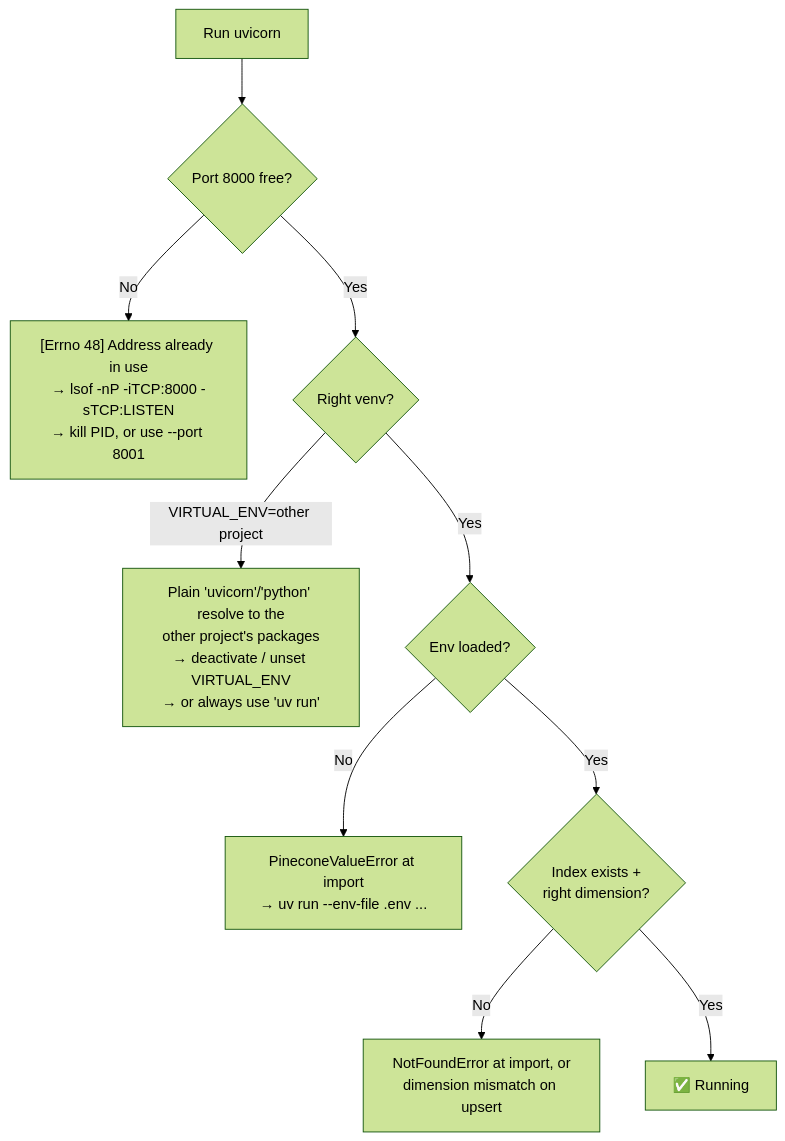
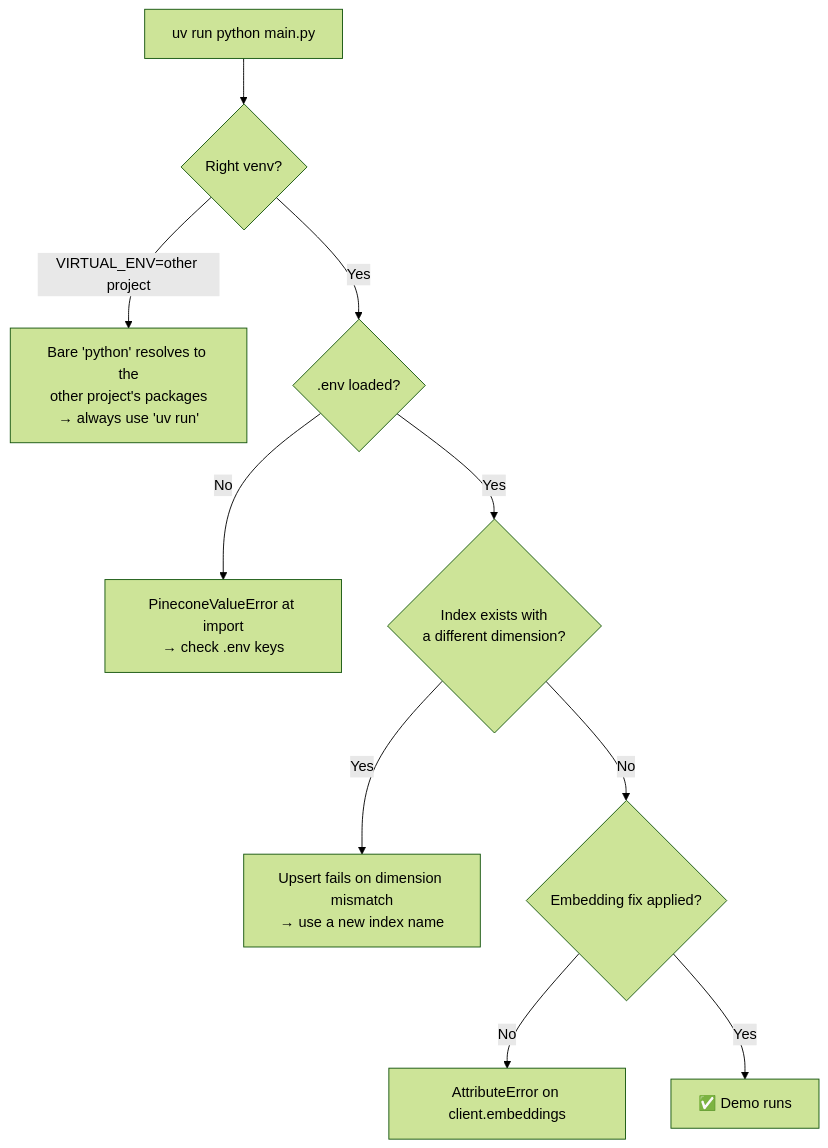
One commit to lsolor/korg-pdf-qa changed diagram 16 of 19 in ARCHITECTURE.md. Above: the diagram before and after it, drawn with Mermaid (forest theme). The commit also changed other lines of this file, not shown here.

First line of the commit message:
Update ARCHITECTURE.md for the script-based RAG pipeline

````diff
--- a/ARCHITECTURE.md
+++ b/ARCHITECTURE.md
@@ -817,12 +776,12 @@
 ```mermaid
 flowchart TD
-    A[Run uvicorn] --> B{Port 8000 free?}
-    B -- No --> C["[Errno 48] Address already in use<br/>→ lsof -nP -iTCP:8000 -sTCP:LISTEN<br/>→ kill PID, or use --port 8001"]
-    B -- Yes --> D{Right venv?}
-    D -- "VIRTUAL_ENV=other project" --> E["Plain 'uvicorn'/'python' resolve to the<br/>other project's packages<br/>→ deactivate / unset VIRTUAL_ENV<br/>→ or always use 'uv run'"]
-    D -- Yes --> F{Env loaded?}
-    F -- No --> G["PineconeValueError at import<br/>→ uv run --env-file .env ..."]
-    F -- Yes --> H{Index exists +<br/>right dimension?}
-    H -- No --> I["NotFoundError at import, or<br/>dimension mismatch on upsert"]
-    H -- Yes --> J[✅ Running]
+    A[uv run python main.py] --> B{Right venv?}
+    B -- "VIRTUAL_ENV=other project" --> C["Bare 'python' resolves to the<br/>other project's packages<br/>→ always use 'uv run'"]
+    B -- Yes --> D{".env loaded?"}
+    D -- No --> E["PineconeValueError at import<br/>→ check .env keys"]
+    D -- Yes --> F{"Index exists with<br/>a different dimension?"}
+    F -- Yes --> G["Upsert fails on dimension mismatch<br/>→ use a new index name"]
+    F -- No --> H{Embedding fix applied?}
+    H -- No --> I["AttributeError on client.embeddings"]
+    H -- Yes --> J[✅ Demo runs]
 ```
````
